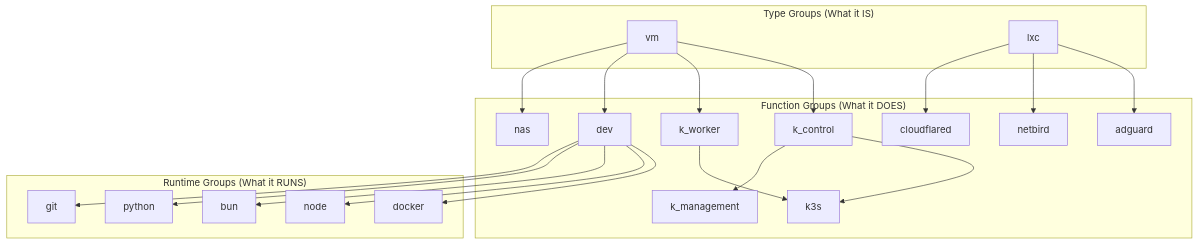
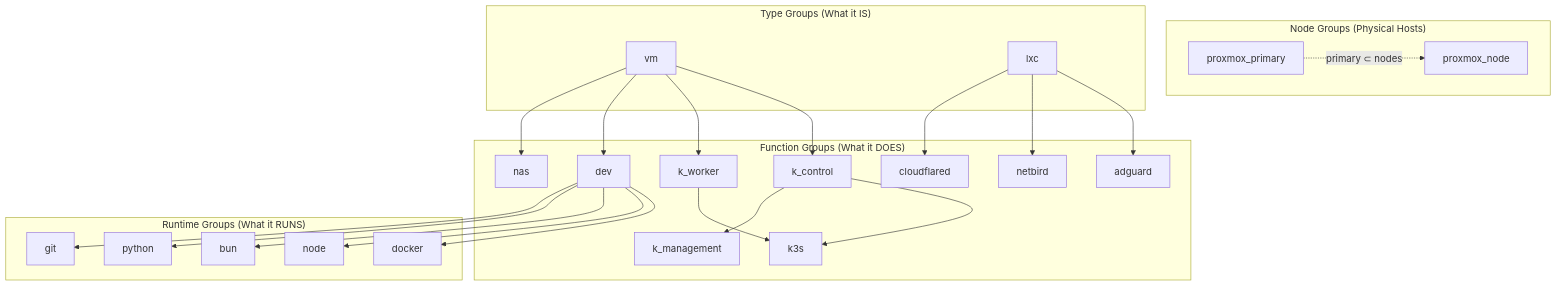
Before and after one commit to sinhaaritro/platform-stack: the second of 3 diagrams in docs/layers/ansible.md, drawn with Mermaid. The commit also changed other lines of this file and 63 other files, not shown here.

Commit message:
codify host-level NAS as IaC; make DR flow host-first

````diff
--- a/docs/layers/ansible.md
+++ b/docs/layers/ansible.md
@@ -105,33 +109,39 @@
 ```mermaid
 graph TD
+    subgraph NodeGroups["Node Groups (Physical Hosts)"]
+        PNODE["proxmox_node"]
+        PPRIM["proxmox_primary"]
+    end
+
     subgraph TypeGroups["Type Groups (What it IS)"]
         VM["vm"]
         LXC["lxc"]
     end
 
     subgraph FunctionGroups["Function Groups (What it DOES)"]
         K3s["k3s"]
         KC["k_control"]
         KW["k_worker"]
         KM["k_management"]
         AG["adguard"]
         NB["netbird"]
         CF["cloudflared"]
         NAS["nas"]
         DEV["dev"]
     end
 
     subgraph RuntimeGroups["Runtime Groups (What it RUNS)"]
         Docker["docker"]
         Node["node"]
         Bun["bun"]
         Python["python"]
         Git["git"]
     end
 
+    PPRIM -. "primary ⊂ nodes" .-> PNODE
     VM --> KC & KW & DEV & NAS
     LXC --> AG & NB & CF
     KC & KW --> K3s
     KC --> KM
     DEV --> Docker & Node & Bun & Python & Git
 ```
````
